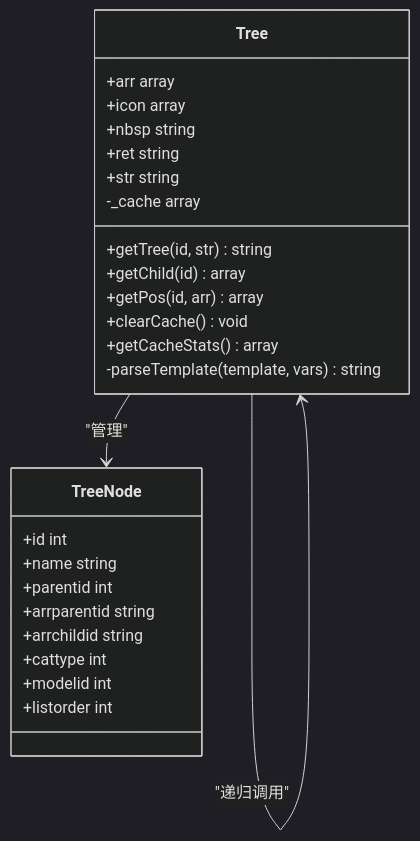
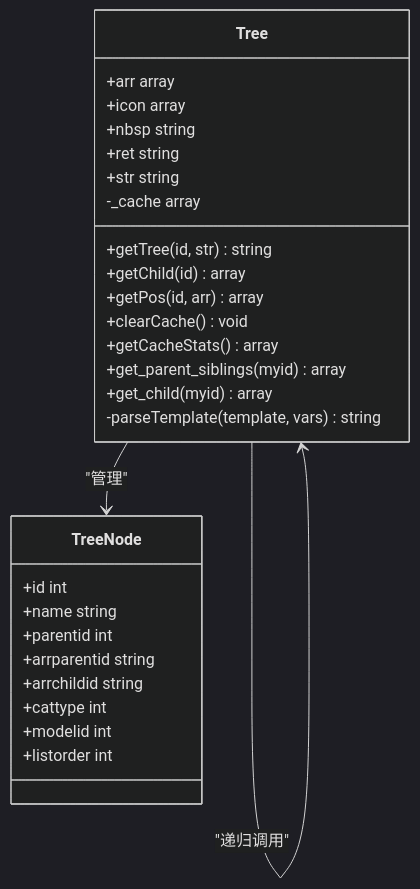
Before and after one commit to lirongyaoper/lryblog.com: the sixth of 10 diagrams in .qoder/repowiki/zh/content/后台管理模块/分类管理/分类缓存与性能优化.md, drawn with Mermaid (dark theme). The commit also changed other lines of this file and 7 other files, not shown here.

````diff
--- a/.qoder/repowiki/zh/content/后台管理模块/分类管理/分类缓存与性能优化.md
+++ b/.qoder/repowiki/zh/content/后台管理模块/分类管理/分类缓存与性能优化.md
@@ -254,29 +261,31 @@
 ```mermaid
 classDiagram
 class Tree {
 +arr array
 +icon array
 +nbsp string
 +ret string
 +str string
 -_cache array
 +getTree(id, str) string
 +getChild(id) array
 +getPos(id, arr) array
 +clearCache() void
 +getCacheStats() array
++get_parent_siblings(myid) array
++get_child(myid) array
 -parseTemplate(template, vars) string
 }
 class TreeNode {
 +id int
 +name string
 +parentid int
 +arrparentid string
 +arrchildid string
 +cattype int
 +modelid int
 +listorder int
 }
 Tree --> TreeNode : "管理"
 Tree --> Tree : "递归调用"
 ```
````
